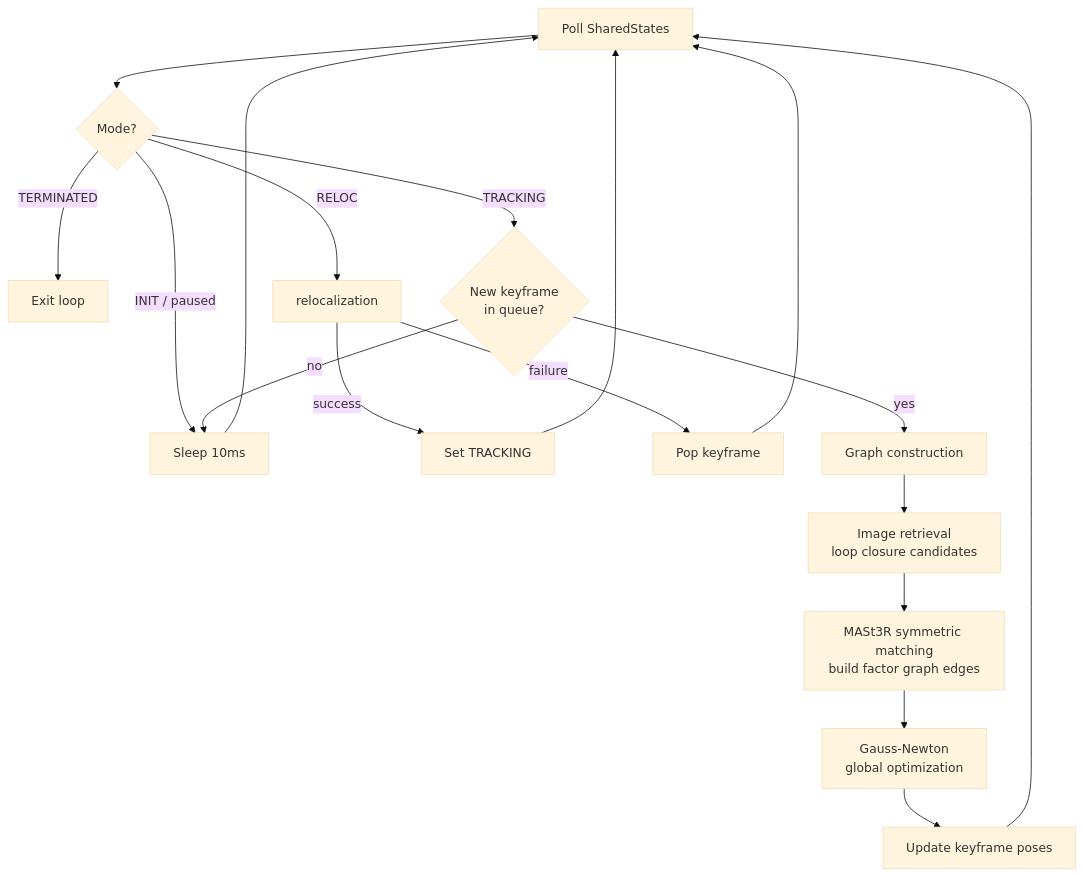
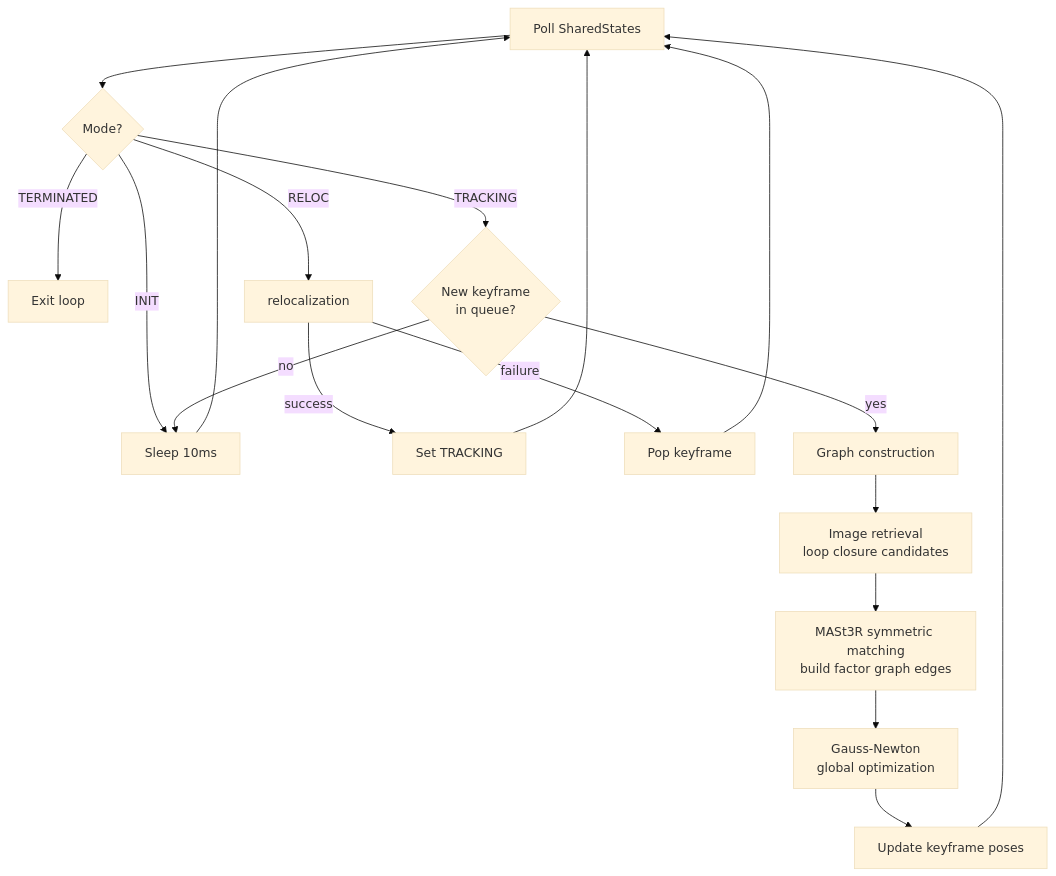
One commit to rerun-io/examples-monorepo changed the second of 4 diagrams in packages/mast3r-slam/docs/architecture.md. Above: the diagram before and after it, drawn with Mermaid (base theme). The commit also changed other lines of this file, not shown here.

First line of the commit message:
mast3r-slam: architecture doc follows the shared core, the backend move and the Stop path

````diff
--- a/packages/mast3r-slam/docs/architecture.md
+++ b/packages/mast3r-slam/docs/architecture.md
@@ -100,20 +97,20 @@
 ```mermaid
 flowchart TD
     A[Poll SharedStates] --> B{Mode?}
-    B -->|INIT / paused| C[Sleep 10ms]
+    B -->|INIT| C[Sleep 10ms]
     C --> A
     B -->|TERMINATED| D[Exit loop]
     B -->|RELOC| E[relocalization]
     E -->|success| F[Set TRACKING]
     E -->|failure| G[Pop keyframe]
     F --> A
     G --> A
     B -->|TRACKING| H{New keyframe<br/>in queue?}
     H -->|no| C
     H -->|yes| I[Graph construction]
     I --> J[Image retrieval<br/>loop closure candidates]
     J --> K[MASt3R symmetric matching<br/>build factor graph edges]
     K --> L[Gauss-Newton<br/>global optimization]
     L --> M[Update keyframe poses]
     M --> A
 ```
````
